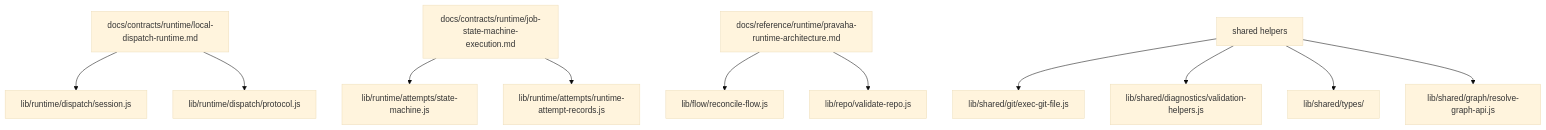
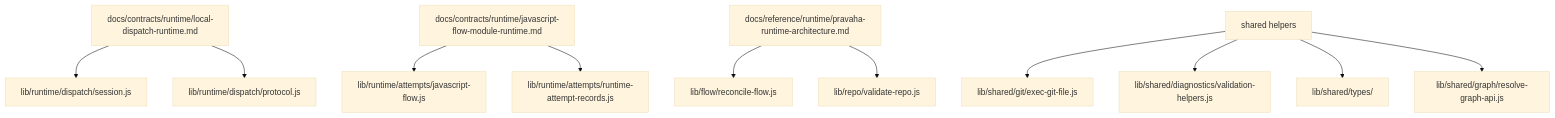
One commit to mantoni/pravaha changed the diagram in docs/reference/runtime/runtime-code-map.md. Above: the diagram before and after it, drawn with Mermaid (base theme). The commit also changed other lines of this file and 99 other files, not shown here.

Commit message:
Remove YAML flows and state-machine runtime

````diff
--- a/docs/reference/runtime/runtime-code-map.md
+++ b/docs/reference/runtime/runtime-code-map.md
@@ -108,13 +108,13 @@
 ```mermaid
 graph TD
   A["docs/contracts/runtime/local-dispatch-runtime.md"] --> B["lib/runtime/dispatch/session.js"]
   A --> C["lib/runtime/dispatch/protocol.js"]
-  D["docs/contracts/runtime/job-state-machine-execution.md"] --> E["lib/runtime/attempts/state-machine.js"]
+  D["docs/contracts/runtime/javascript-flow-module-runtime.md"] --> E["lib/runtime/attempts/javascript-flow.js"]
   D --> F["lib/runtime/attempts/runtime-attempt-records.js"]
   G["docs/reference/runtime/pravaha-runtime-architecture.md"] --> H["lib/flow/reconcile-flow.js"]
   G --> I["lib/repo/validate-repo.js"]
   J["shared helpers"] --> K["lib/shared/git/exec-git-file.js"]
   J --> L["lib/shared/diagnostics/validation-helpers.js"]
   J --> M["lib/shared/types/"]
   J --> N["lib/shared/graph/resolve-graph-api.js"]
 ```
````
